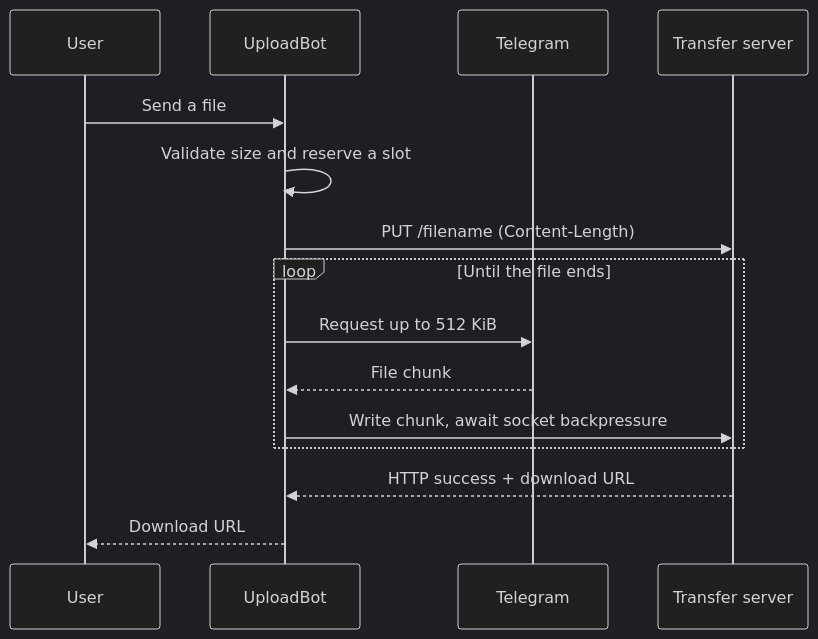
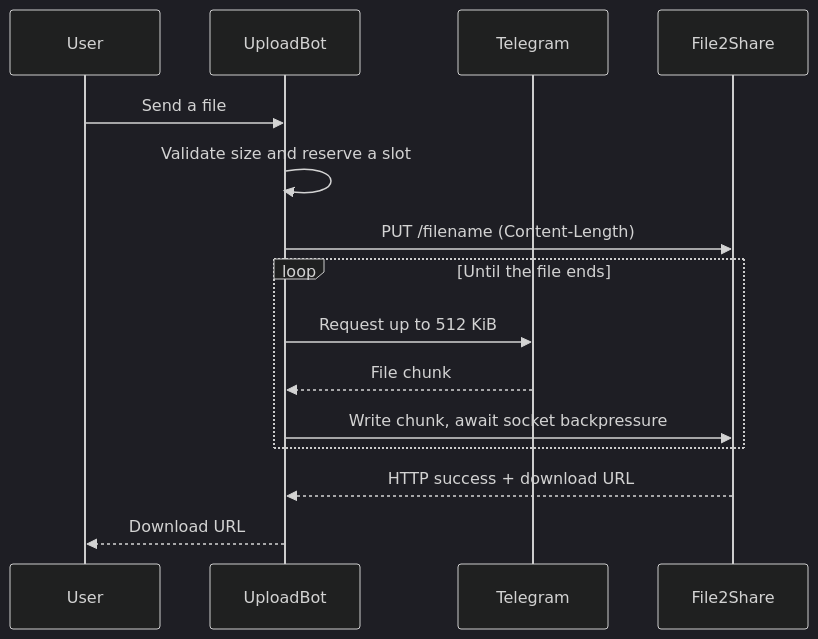
The diagram in docs/architecture.md (IlyaKhalafi/UploadBot), drawn with Mermaid (dark theme) before and after one commit. The commit also changed other lines of this file and 5 other files, not shown here.

````diff
--- a/docs/architecture.md
+++ b/docs/architecture.md
@@ -3,17 +3,17 @@
 ```mermaid
 sequenceDiagram
     participant User
     participant Bot as UploadBot
     participant Telegram
-    participant Host as Transfer server
+    participant Host as File2Share
     User->>Bot: Send a file
     Bot->>Bot: Validate size and reserve a slot
     Bot->>Host: PUT /filename (Content-Length)
     loop Until the file ends
         Bot->>Telegram: Request up to 512 KiB
         Telegram-->>Bot: File chunk
         Bot->>Host: Write chunk, await socket backpressure
     end
     Host-->>Bot: HTTP success + download URL
     Bot-->>User: Download URL
 ```
````
